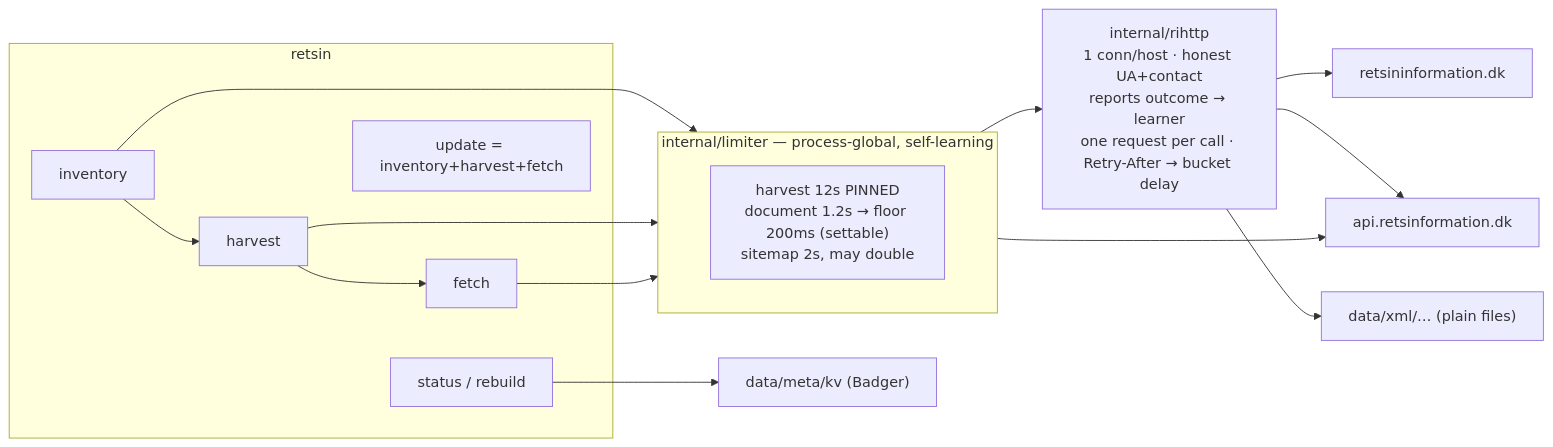
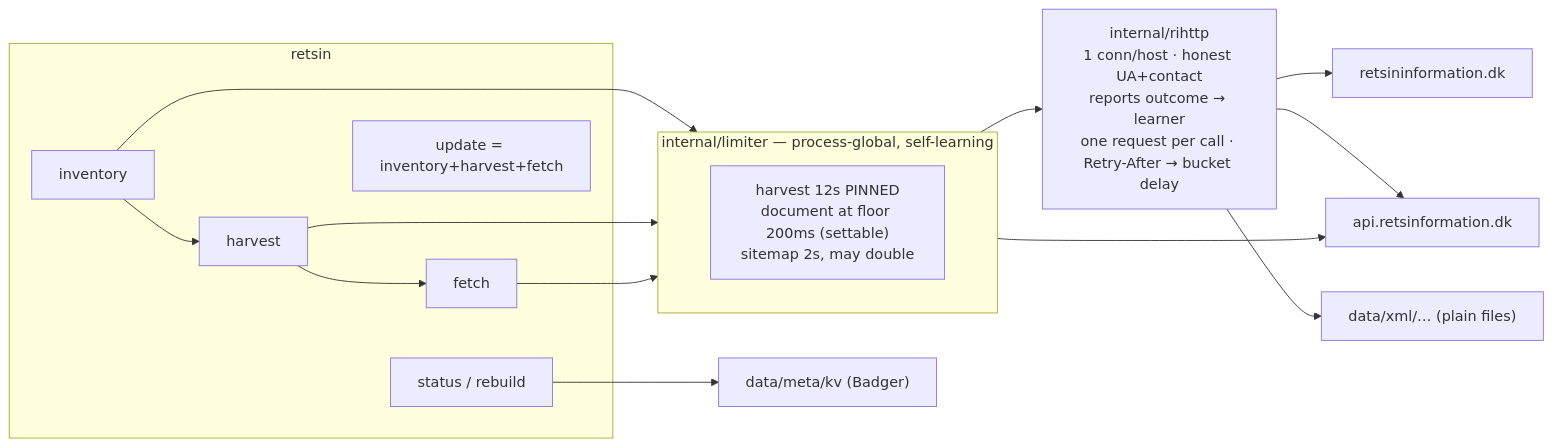
Before and after one commit to lkarlslund/lovkilde: the diagram in README.md, drawn with Mermaid. The commit also changed other lines of this file and 4 other files, not shown here.

````diff
--- a/README.md
+++ b/README.md
@@ -68,17 +68,17 @@
 ```mermaid
 flowchart LR
   subgraph CLI["retsin"]
     C1["inventory"] --> C2["harvest"] --> C3["fetch"]
     U["update = inventory+harvest+fetch"]
     S["status / rebuild"]
   end
   subgraph PACE["internal/limiter — process-global, self-learning"]
-    B["harvest 12s PINNED<br/>document 1.2s → floor 200ms (settable)<br/>sitemap 2s, may double"]
+    B["harvest 12s PINNED<br/>document at floor 200ms (settable)<br/>sitemap 2s, may double"]
   end
   C1 & C2 & C3 --> PACE --> H["internal/rihttp<br/>1 conn/host · honest UA+contact<br/>reports outcome → learner<br/>one request per call · Retry-After → bucket delay"]
   H --> RI["retsininformation.dk"]
   PACE --> RI2["api.retsinformation.dk"]
   H --> RI2
   H --> A["data/xml/… (plain files)"]
   S --> K["data/meta/kv (Badger)"]
 ```
````
